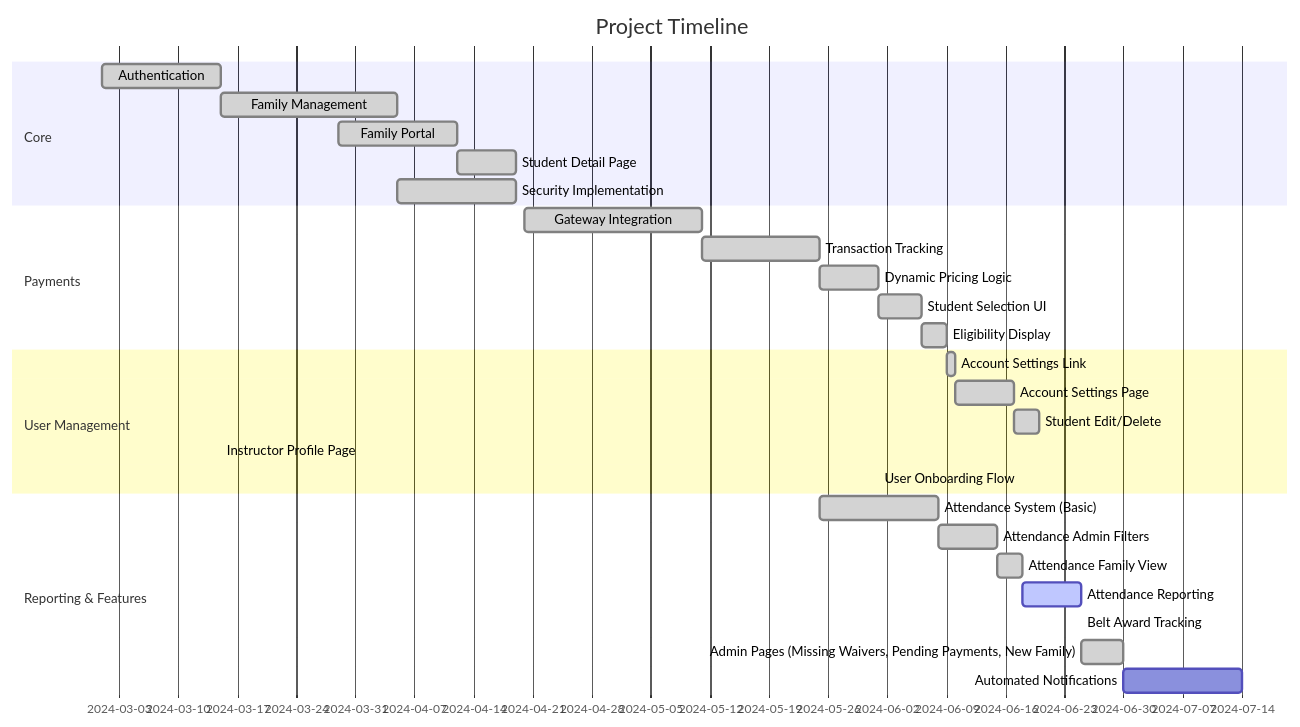
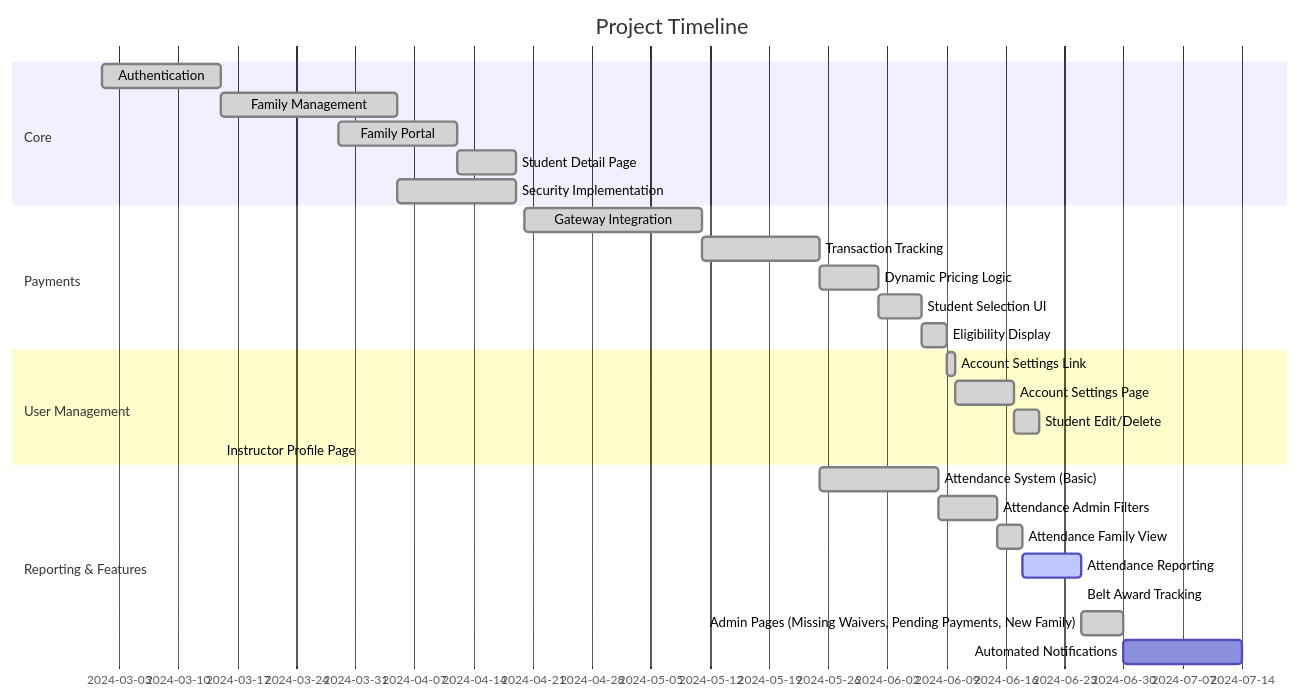
The diagram in README.md (snusnumrick/karate), drawn with Mermaid before and after one commit. The commit also changed other lines of this file, not shown here.

Commit message:
docs: Remove redundant user onboarding task from README

````diff
--- a/README.md
+++ b/README.md
@@ -147,32 +146,32 @@
 ```mermaid
 gantt
     title Project Timeline
     dateFormat  YYYY-MM-DD
     section Core
     Authentication          :done,    auth, 2024-03-01, 14d
     Family Management       :done,    family, 2024-03-15, 21d
     Family Portal           :done,    portal, 2024-03-29, 14d
     Student Detail Page     :done,    student, after portal, 7d
     Security Implementation :done,    sec, 2024-04-05, 14d
     section Payments
     Gateway Integration     :done,    pay, 2024-04-20, 21d
     Transaction Tracking    :done,    pay_track, after pay, 14d
     Dynamic Pricing Logic   :done,    pay_dynamic, after pay_track, 7d
     Student Selection UI    :done,    pay_select, after pay_dynamic, 5d
     Eligibility Display     :done,    pay_eligibility, after pay_select, 3d
     section User Management
     Account Settings Link   :done,    acct_link, after pay_eligibility, 1d
     Account Settings Page   :done,    acct_page, after acct_link, 7d
     Student Edit/Delete     :done,    student_edit, after acct_page, 3d
     Instructor Profile Page :done,    instructor, 2024-03-15, 7d    %% Assuming /about covers this
-    User Onboarding Flow    :         onboard, 2024-06-01, 7d    %% Added missing colon after task name
+    %% User Onboarding Flow (Handled by redirect in _layout.family._index.tsx): onboard, 2024-06-01, 0d
     section Reporting & Features
     Attendance System (Basic):done,   attend_basic, 2024-05-25, 14d
     Attendance Admin Filters:done,    attend_admin_filter, after attend_basic, 7d
     Attendance Family View  :done,    attend_family_view, after attend_admin_filter, 3d
     Attendance Reporting    :active,  attend_report, after attend_family_view, 7d
     Belt Award Tracking     :done,    belt_award, after attend_report, 10d %% Admin CRUD & User View Implemented
     Admin Pages (Missing Waivers, Pending Payments, New Family): done, admin_extra, after belt_award, 5d
     Automated Notifications :         notify, after admin_extra, 14d
     %% Technical Debt Refactor (Button/Link structure was already correct): tech_debt, 2024-06-01, 0d
 ```
````
